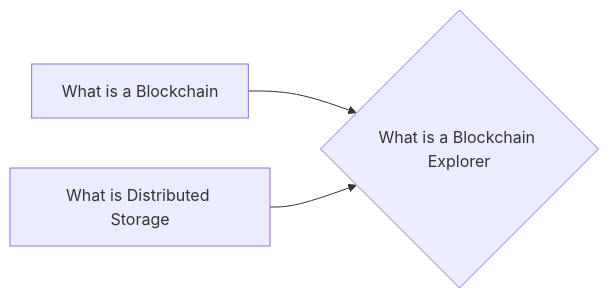
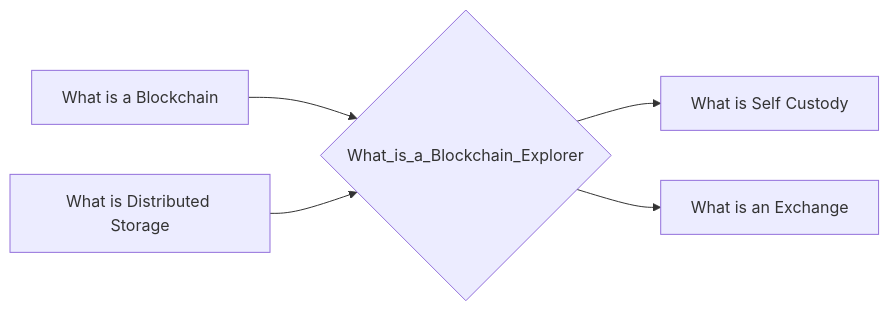
The diagram in notes/What_is_a_Blockchain_Explorer.md (lpurdy01/crypto-knowledge-map), drawn with Mermaid before and after one commit. The commit also changed 161 other files, not shown here.

````diff
--- a/notes/What_is_a_Blockchain_Explorer.md
+++ b/notes/What_is_a_Blockchain_Explorer.md
@@ -10,5 +10,7 @@
 ```mermaid
 graph LR
-1["What is a Blockchain"]-->0{"What is a Blockchain Explorer"}
-2["What is Distributed Storage"]-->0{"What is a Blockchain Explorer"}
+1["What is a Blockchain"]-->0{"What_is_a_Blockchain_Explorer"}
+2["What is Distributed Storage"]-->0{"What_is_a_Blockchain_Explorer"}
+0{"What_is_a_Blockchain_Explorer"}-->3["What is Self Custody"]
+0{"What_is_a_Blockchain_Explorer"}-->4["What is an Exchange"]
 ```
````
